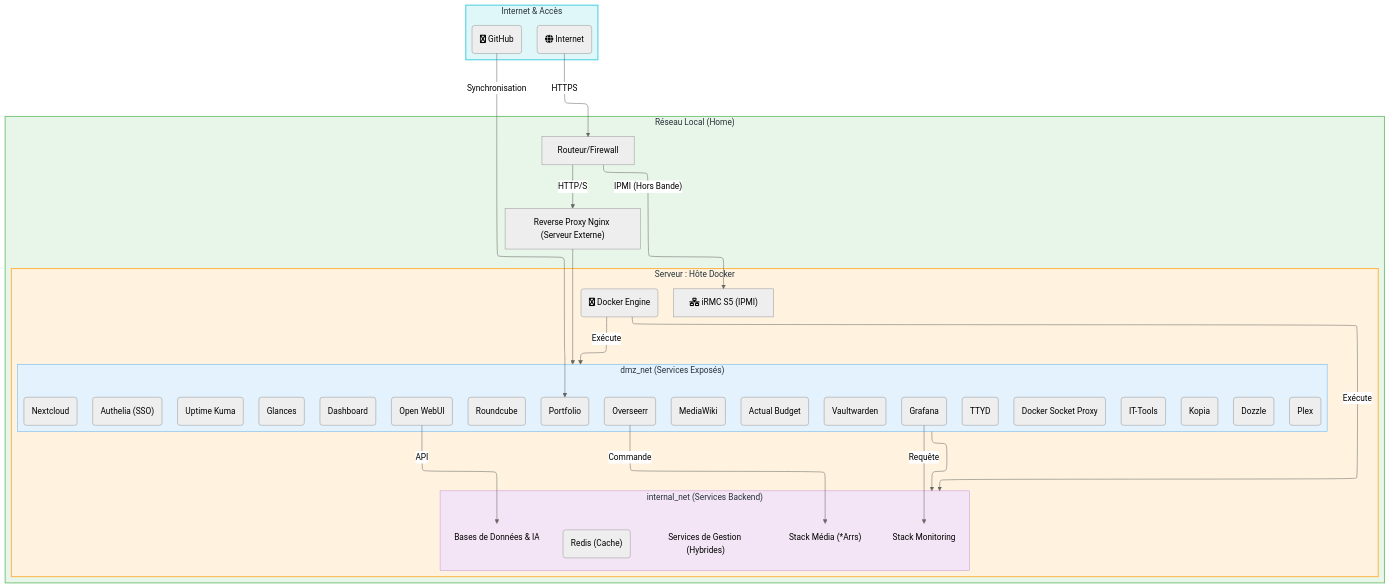
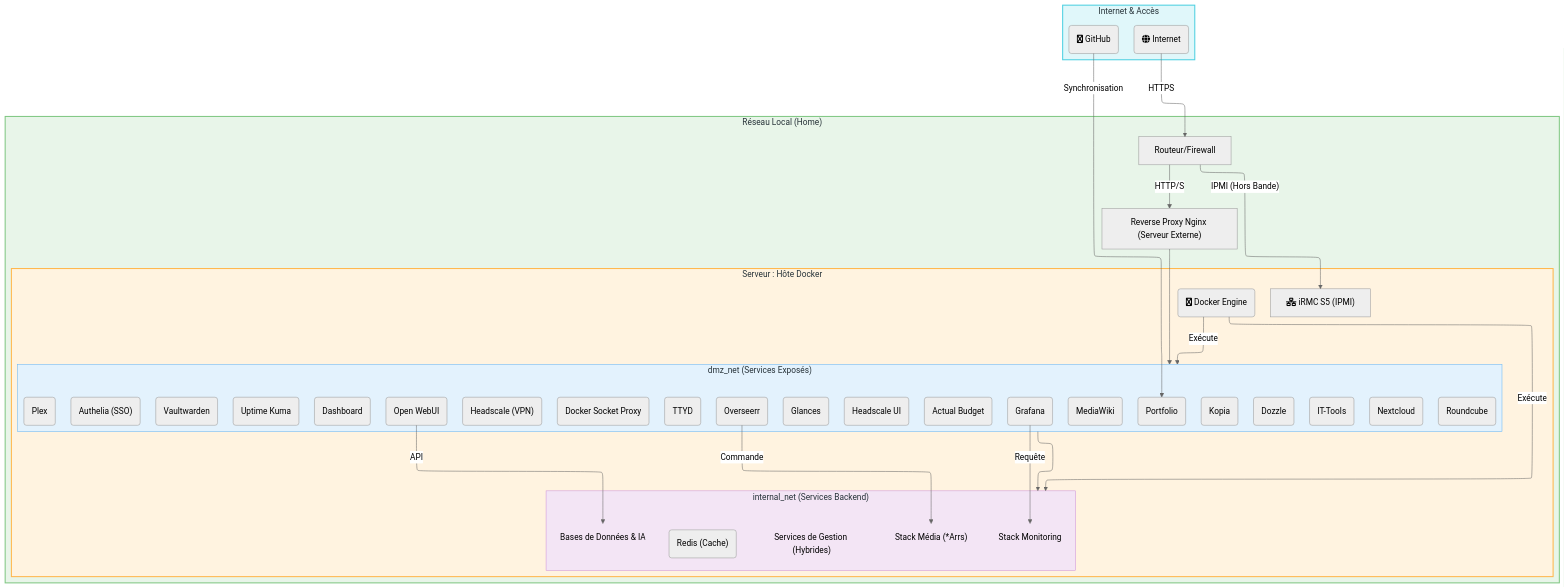
One commit to LM28000/server_doc changed the diagram in networkflow.md. Above: the diagram before and after it, drawn with Mermaid. The commit also changed other lines of this file and 8 other files, not shown here.

````diff
--- a/networkflow.md
+++ b/networkflow.md
@@ -29,79 +29,81 @@
 ```mermaid
 ---
 config:
   layout: elk
   theme: neutral
 ---
 flowchart TD
  subgraph RESEAU_EXTERNE["Internet & Accès"]
         INET("fa:fa-globe Internet")
         GH("fa:fa-github GitHub")
   end
  subgraph DMZ_NET["dmz_net (Services Exposés)"]
     direction LR
         DASH("Dashboard")
         AUTH("Authelia (SSO)")
+        HS("Headscale (VPN)")
+        HSUI("Headscale UI")
         RC("Roundcube")
         AB("Actual Budget")
         PL("Plex")
         OS("Overseerr")
         VW("Vaultwarden")
         NC("Nextcloud")
         P("Portfolio")
         GF("Grafana")
         UK("Uptime Kuma")
         DZ("Dozzle")
         GL("Glances")
         IT("IT-Tools")
         MW("MediaWiki")
         KP("Kopia")
         TTYD("TTYD")
         DSP("Docker Socket Proxy")
         OWUI("Open WebUI")
   end
  subgraph INTERNAL_NET["internal_net (Services Backend)"]
     direction TB
         DB_AI("Bases de Données & IA")
         MEDIA_STACK("Stack Média (*Arrs)")
         MONITORING("Stack Monitoring")
         REDIS("Redis (Cache)")
         OPS("Services de Gestion (Hybrides)")
   end
  subgraph HOST["Serveur : Hôte Docker"]
         IRMC["fa:fa-network-wired iRMC S5 (IPMI)"]
         DE["fa:fa-docker Docker Engine"]
         DMZ_NET
         INTERNAL_NET
   end
  subgraph RESEAU_LOCAL["Réseau Local (Home)"]
     direction TB
         ROUTEUR["Routeur/Firewall"]
         NGINX["Reverse Proxy Nginx (Serveur Externe)"]
         HOST
   end
     INET -- HTTPS --> ROUTEUR
     GH -- Synchronisation --> P
     ROUTEUR -- HTTP/S --> NGINX
     ROUTEUR -- IPMI (Hors Bande) --> IRMC
     NGINX --> DMZ_NET
     DE -- Exécute --> DMZ_NET & INTERNAL_NET
     DMZ_NET --> INTERNAL_NET
     OWUI -- API --> DB_AI
     OS -- Commande --> MEDIA_STACK
     GF -- Requête --> MONITORING
     DE@{ shape: rounded}
     
     %% Nouveaux Styles pour un look plus clean et pro
     style RESEAU_EXTERNE fill:#e0f7fa,stroke:#4dd0e1,stroke-width:2px,color:#263238
     style RESEAU_LOCAL fill:#e8f5e9,stroke:#81c784,stroke-width:2px,color:#263238
     
     style HOST fill:#fff3e0,stroke:#ffb74d,stroke-width:2px,color:#263238
     
     style DMZ_NET fill:#e3f2fd,stroke:#64b5f6,stroke-width:1px,color:#263238
     style INTERNAL_NET fill:#f3e5f5,stroke:#ce93d8,stroke-width:1px,color:#263238
 
     style DB_AI fill:transparent,stroke:transparent
     style MEDIA_STACK fill:transparent,stroke:transparent
     style MONITORING fill:transparent,stroke:transparent
     style OPS fill:transparent,stroke:transparent
 ```
````
